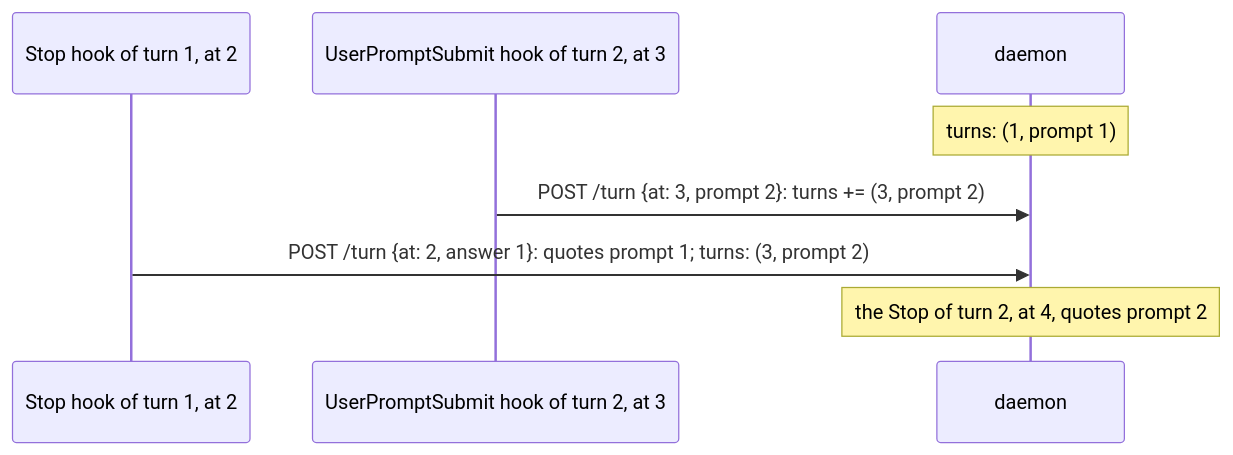
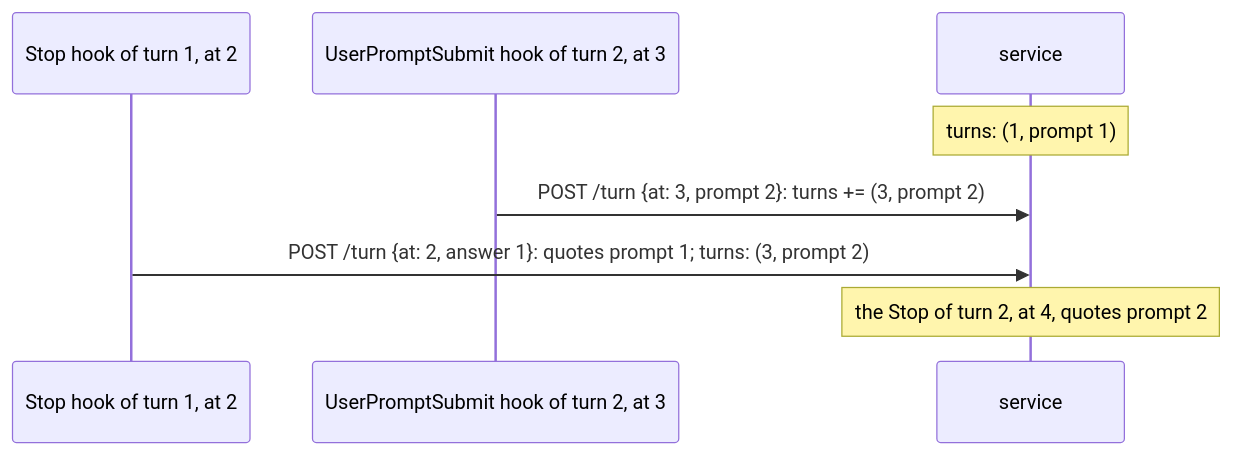
Diagram 18 of 26 in plans/2026-11-07-mcp-claude-code-channel.md (simplex-chat/simplex-chat), drawn with Mermaid before and after one commit. The commit also changed other lines of this file, not shown here.

Commit message:
plan: decision 116, the service, and root files no agent name can take

````diff
--- a/plans/2026-11-07-mcp-claude-code-channel.md
+++ b/plans/2026-11-07-mcp-claude-code-channel.md
@@ -860,10 +861,10 @@
 ```mermaid
 sequenceDiagram
   participant S as Stop hook of turn 1, at 2
   participant U as UserPromptSubmit hook of turn 2, at 3
-  participant D as daemon
+  participant D as service
   Note over D: turns: (1, prompt 1)
   U->>D: POST /turn {at: 3, prompt 2}: turns += (3, prompt 2)
   S->>D: POST /turn {at: 2, answer 1}: quotes prompt 1#59; turns: (3, prompt 2)
   Note over D: the Stop of turn 2, at 4, quotes prompt 2
 ```
````
